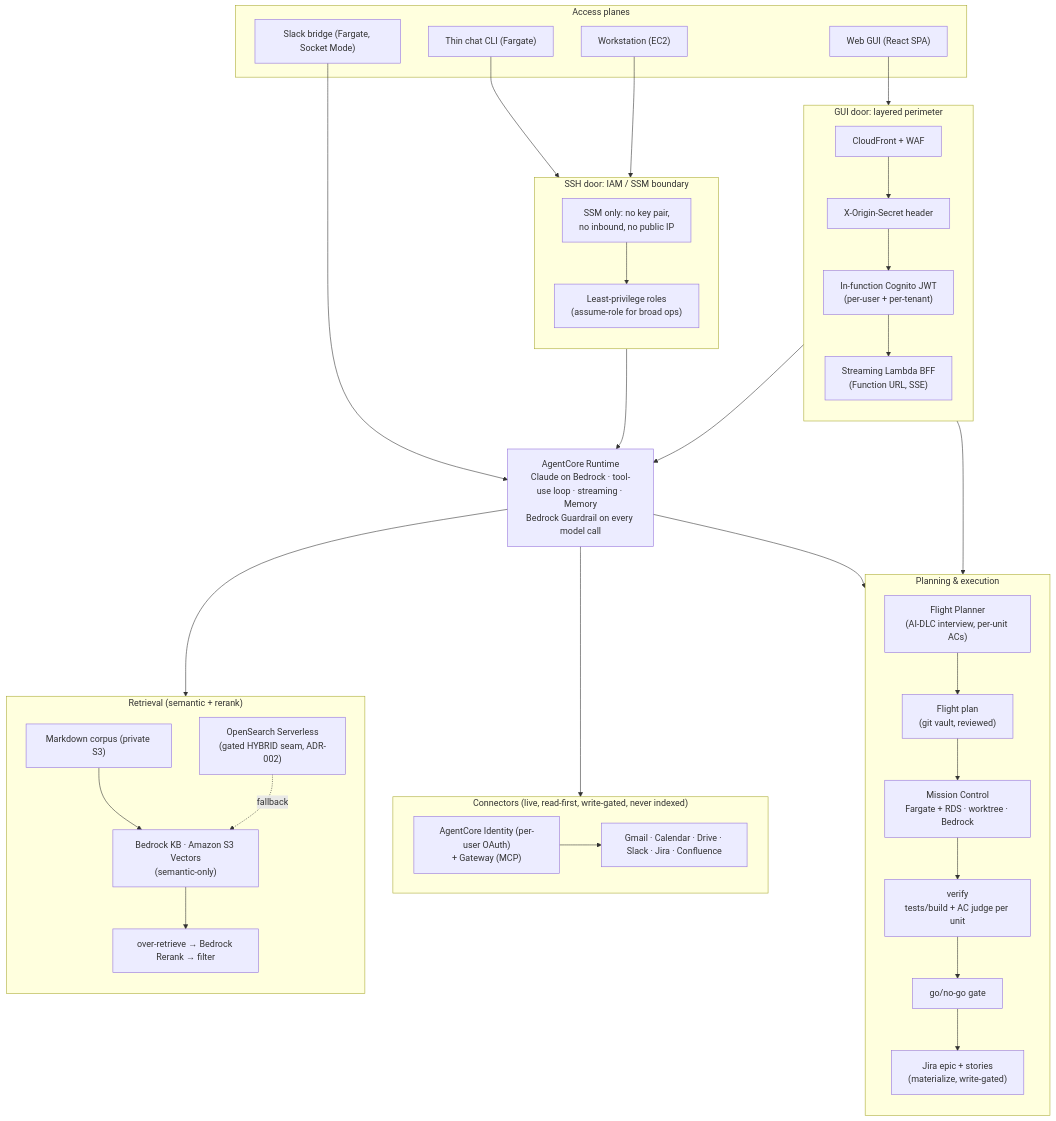
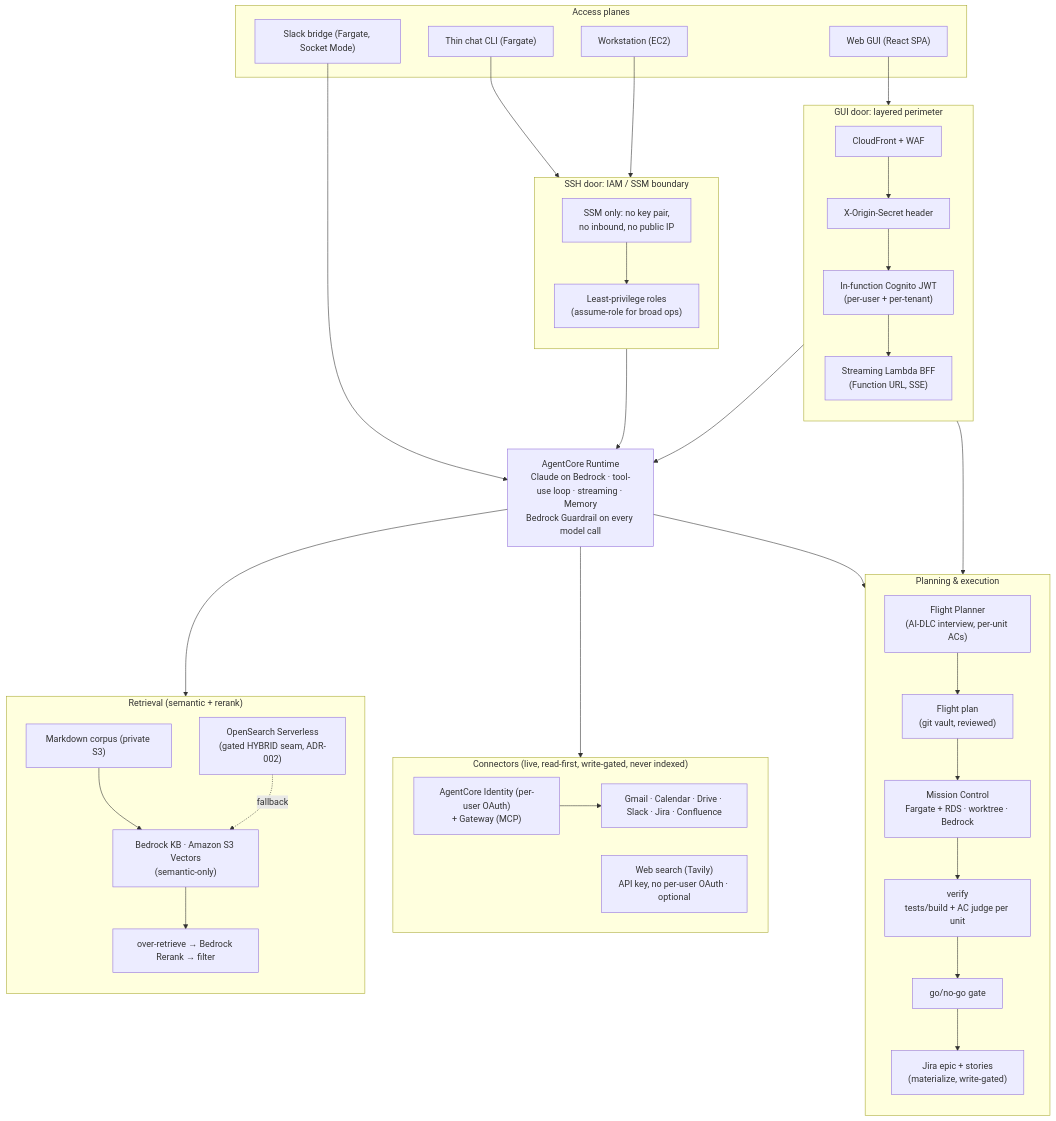
The diagram in README.md (ryfranklin/Homebase), drawn with Mermaid before and after one commit. The commit also changed other lines of this file and 11 other files, not shown here.

First line of the commit message:
docs: reflect web-search connector, non-blocking re-auth, and security hardening (#68)

````diff
--- a/README.md
+++ b/README.md
@@ -50,49 +62,50 @@
 ```mermaid
 flowchart TB
     subgraph doors["Access planes"]
         SPA["Web GUI (React SPA)"]
         CLI["Thin chat CLI (Fargate)"]
         SLACK["Slack bridge (Fargate, Socket Mode)"]
         WS["Workstation (EC2)"]
     end
 
     subgraph guiperim["GUI door: layered perimeter"]
         direction TB
         CF["CloudFront + WAF"] --> SEC["X-Origin-Secret header"] --> JWT["In-function Cognito JWT<br/>(per-user + per-tenant)"] --> BFF["Streaming Lambda BFF<br/>(Function URL, SSE)"]
     end
 
     subgraph sshperim["SSH door: IAM / SSM boundary"]
         direction TB
         SSM["SSM only: no key pair,<br/>no inbound, no public IP"] --> ROLES["Least-privilege roles<br/>(assume-role for broad ops)"]
     end
 
     CORE["AgentCore Runtime<br/>Claude on Bedrock · tool-use loop · streaming · Memory<br/>Bedrock Guardrail on every model call"]
 
     subgraph retrieval["Retrieval (semantic + rerank)"]
         direction TB
         S3["Markdown corpus (private S3)"] --> KB["Bedrock KB · Amazon S3 Vectors<br/>(semantic-only)"] --> RR["over-retrieve → Bedrock Rerank → filter"]
         OSS["OpenSearch Serverless<br/>(gated HYBRID seam, ADR-002)"] -. fallback .-> KB
     end
 
     subgraph conn["Connectors (live, read-first, write-gated, never indexed)"]
         GW["AgentCore Identity (per-user OAuth)<br/>+ Gateway (MCP)"] --> SIX["Gmail · Calendar · Drive · Slack · Jira · Confluence"]
+        WEB["Web search (Tavily)<br/>API key, no per-user OAuth · optional"]
     end
 
     subgraph exec["Planning &amp; execution"]
         direction TB
         FP["Flight Planner<br/>(AI-DLC interview, per-unit ACs)"] --> PLAN["Flight plan<br/>(git vault, reviewed)"] --> MC["Mission Control<br/>Fargate + RDS · worktree · Bedrock"]
         MC --> VERIFY["verify<br/>tests/build + AC judge per unit"] --> GATE["go/no-go gate"]
         GATE --> JIRA["Jira epic + stories<br/>(materialize, write-gated)"]
     end
 
     SPA --> CF
     CLI --> SSM
     WS --> SSM
     SLACK --> CORE
     BFF --> CORE
     ROLES --> CORE
     CORE --> retrieval
     CORE --> conn
     CORE --> FP
     BFF --> MC
 ```
````
